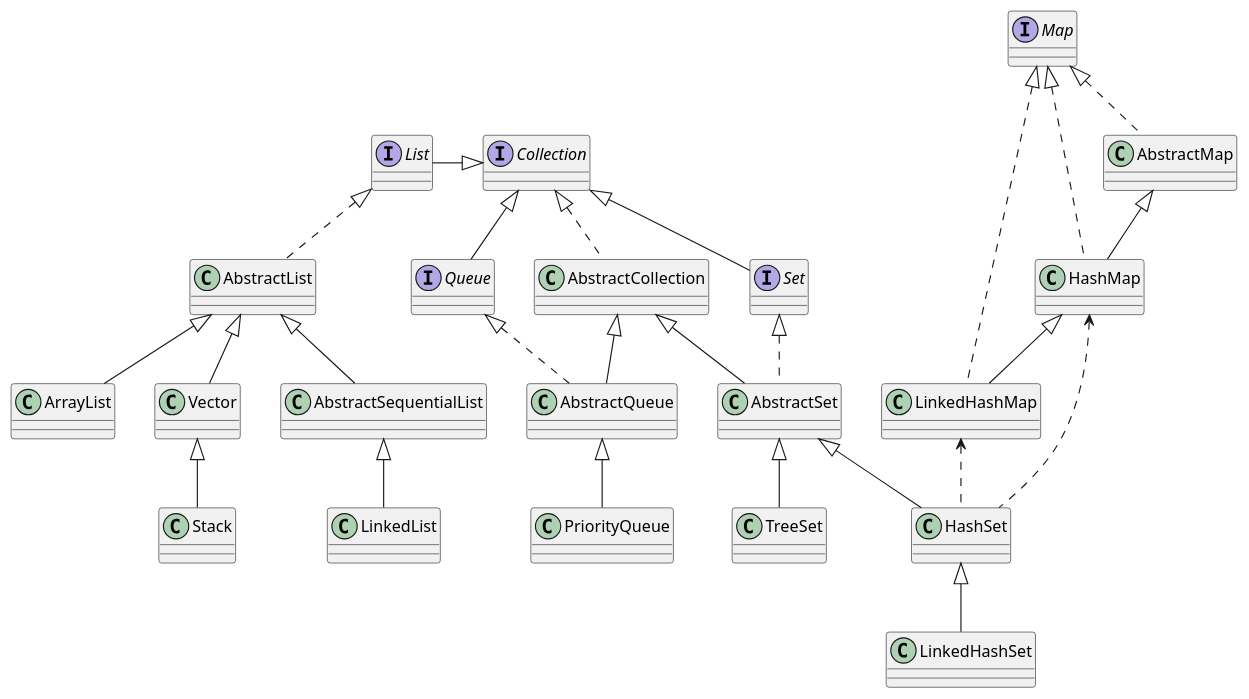
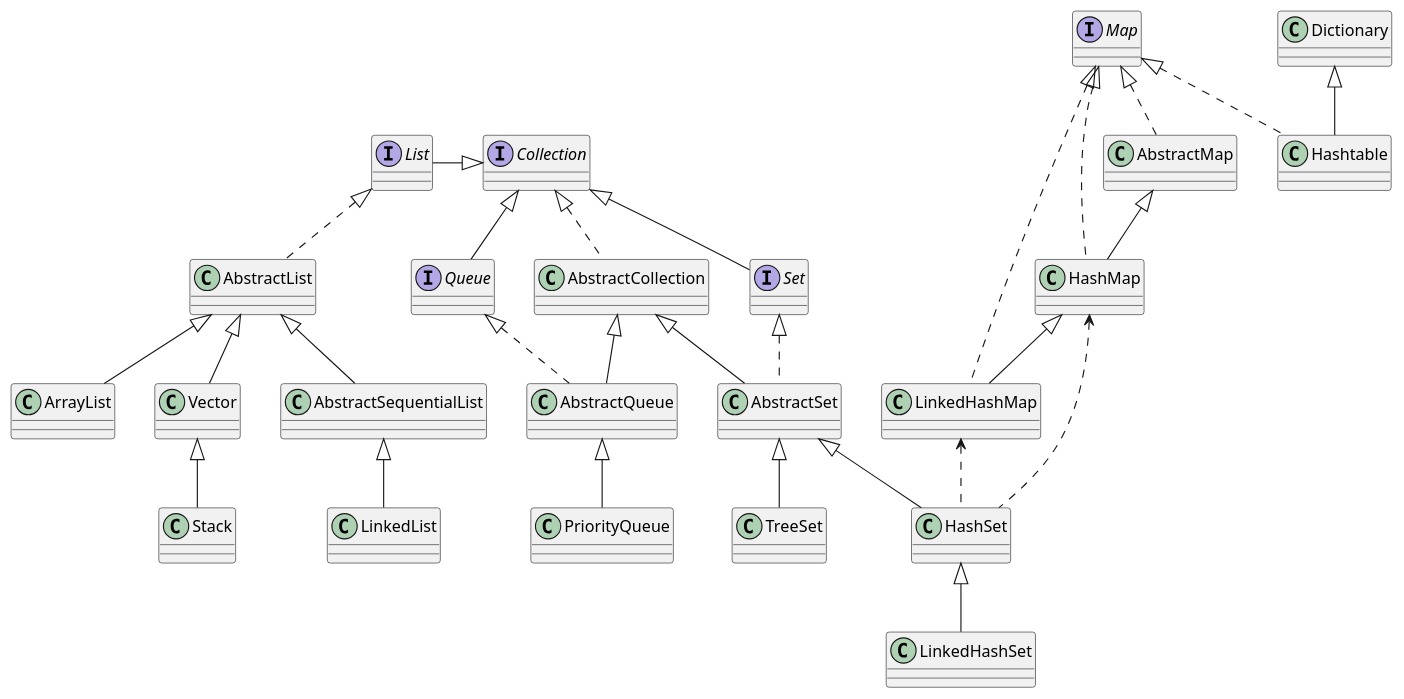
One commit to wiloon/blog changed the diagram in content/post/java/collection.md. Above: the diagram before and after it, drawn with PlantUML. The commit also changed other lines of this file and 3 other files, not shown here.

````diff
--- a/content/post/java/collection.md
+++ b/content/post/java/collection.md
@@ -14,48 +14,52 @@
 ```puml
 @startuml
 interface Collection
 interface List
 Collection<|-left- List
 class AbstractList
 List <|.. AbstractList
 class ArrayList
 AbstractList <|-- ArrayList
 class Vector
 AbstractList <|-- Vector
 class Stack
 Vector <|-- Stack
 class AbstractSequentialList
 AbstractList <|-- AbstractSequentialList
 class LinkedList
 AbstractSequentialList <|-- LinkedList
 interface Queue
 Collection<|--Queue
 class AbstractCollection
 Collection<|.. AbstractCollection
 class AbstractQueue
 AbstractCollection<|--AbstractQueue
 class PriorityQueue
 AbstractQueue<|--PriorityQueue
 Queue<|.. AbstractQueue
 interface Set
 Collection<|--Set
 class AbstractSet
 AbstractCollection<|--AbstractSet
 Set<|..AbstractSet
 class HashSet
 AbstractSet<|-- HashSet
 AbstractSet<|-- TreeSet
 HashSet<|-- LinkedHashSet
 class LinkedHashMap
 LinkedHashMap <.. HashSet
 class HashMap
 HashMap <.. HashSet
 interface Map
 class AbstractMap
 Map <|.. AbstractMap
 AbstractMap<|-- HashMap
 Map <|.. HashMap
 HashMap<|-- LinkedHashMap
 Map <|.. LinkedHashMap
+class Hashtable
+Map <|.. Hashtable
+class Dictionary
+Dictionary <|-- Hashtable
 @enduml
 ```
````
